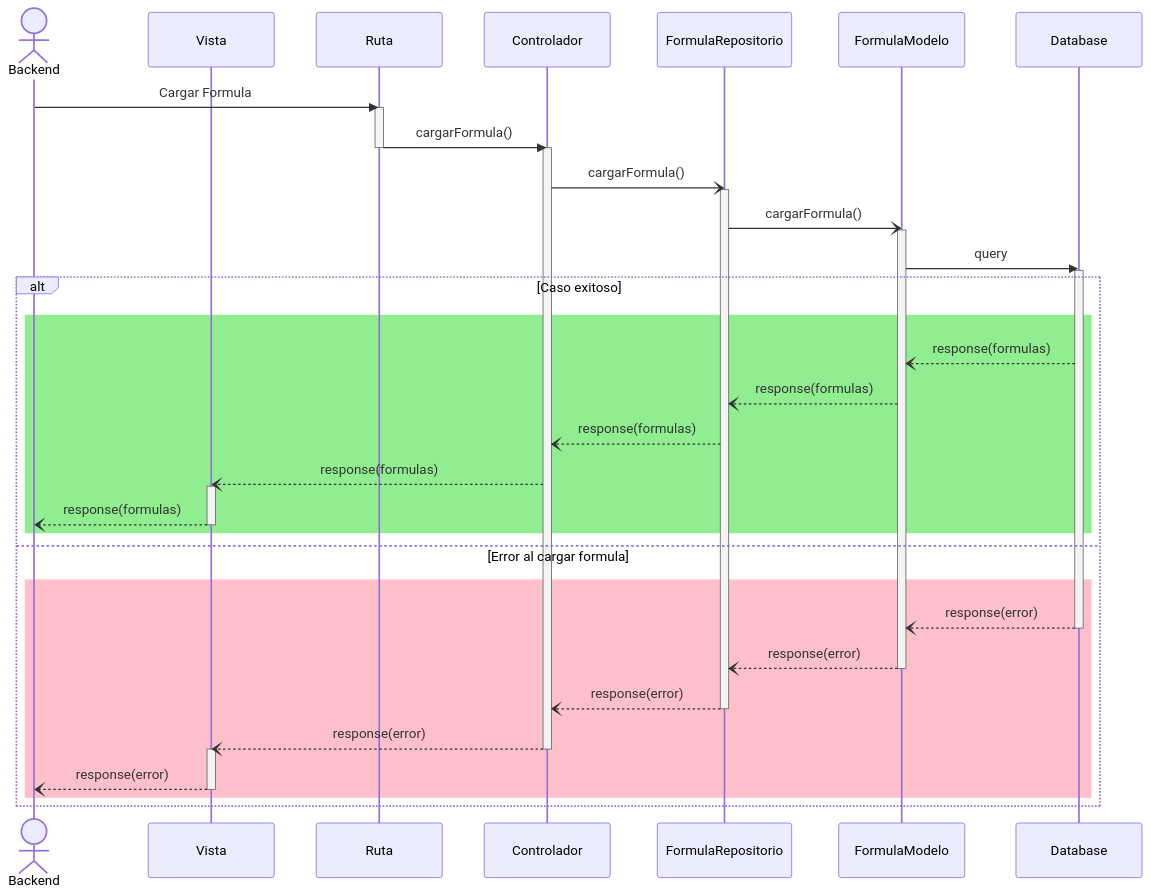
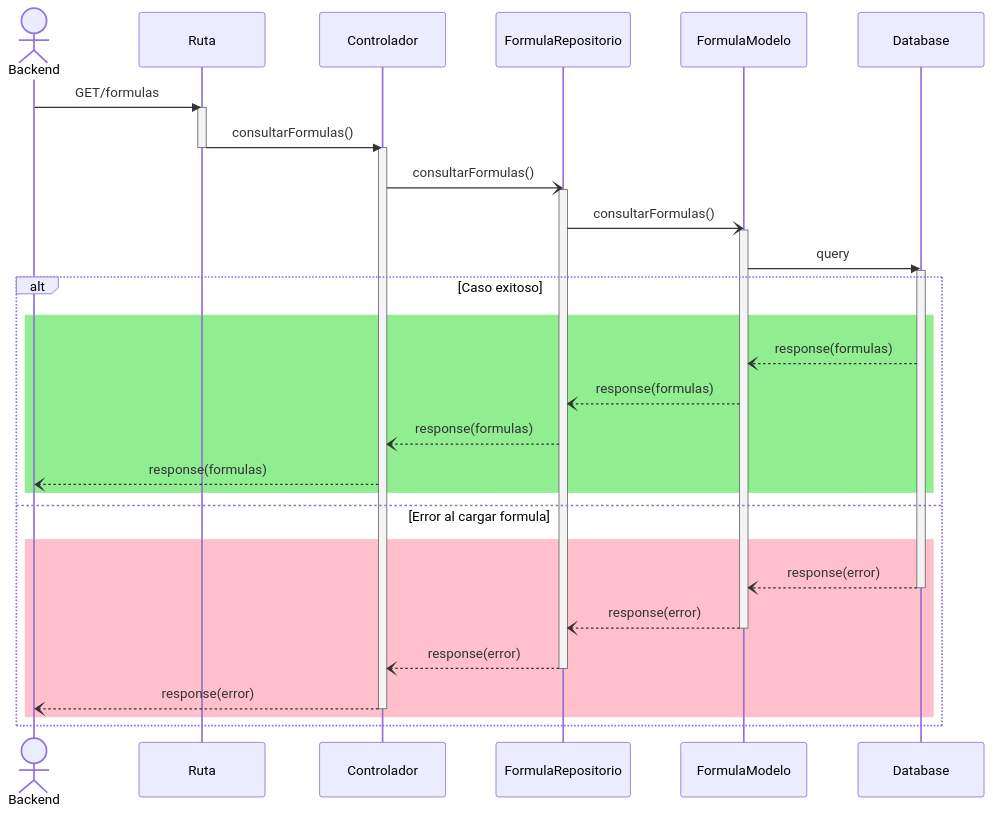
One commit to CodeAnd-Co/Documentacion changed the second of 2 diagrams in documentation/docs/proyectos/tractores/documentacion/requisitos/RF76.md. Above: the diagram before and after it, drawn with Mermaid.

Commit message:
Quitar vista del backend desacoplado

````diff
--- a/documentation/docs/proyectos/tractores/documentacion/requisitos/RF76.md
+++ b/documentation/docs/proyectos/tractores/documentacion/requisitos/RF76.md
@@ -86,48 +86,41 @@
 ```mermaid
 sequenceDiagram
     actor Backend
-    participant view as Vista
     participant route as Ruta
     participant controller as Controlador
     participant repository as FormulaRepositorio
     participant model as FormulaModelo
     participant db as Database
 
-    Backend->>route: Cargar Formula
+    Backend->>route: GET/formulas
     activate route
-    route->>controller: cargarFormula()
+    route->>controller: consultarFormulas()
     deactivate route
     activate controller
-    controller-)repository: cargarFormula()
+    controller-)repository: consultarFormulas()
     activate repository
-    repository-)model: cargarFormula()
+    repository-)model: consultarFormulas()
     activate model 
     model->>db: query
     activate db
     alt Caso exitoso
     rect Lightgreen
     db --) model: response(formulas)
     model--)repository: response(formulas)
     repository--)controller: response(formulas)
-    controller--)view: response(formulas)
-    activate view
-    view--)Backend: response(formulas)
-    deactivate view
+    controller--)Backend: response(formulas)
     end
     else Error al cargar formula
     rect Pink
     db--)model: response(error)
     deactivate db
     model--)repository: response(error)
     deactivate model
     repository--)controller: response(error)
     deactivate repository
-    controller--)view: response(error)
+    controller--)Backend: response(error)
     deactivate controller
-    activate view
-    view--)Backend: response(error)
-    deactivate view
     end
     end
     
 ```
````
